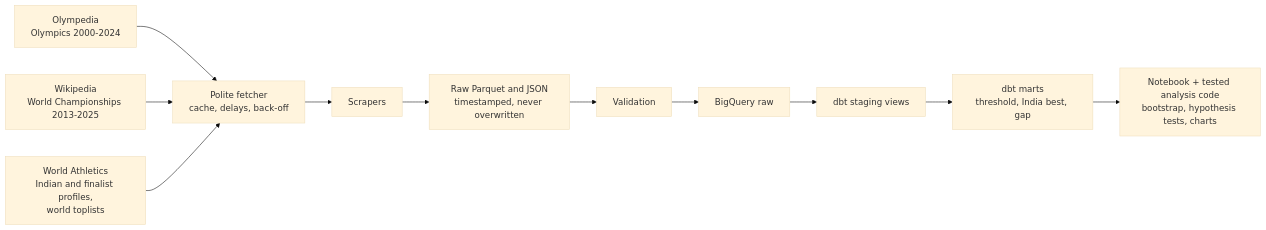
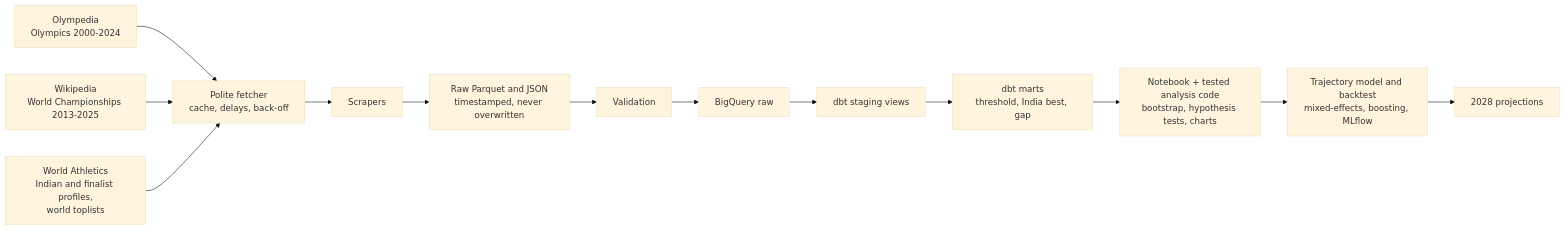
The diagram in README.md (rohithjagan05/GapToPodium), drawn with Mermaid (base theme) before and after one commit. The commit also changed other lines of this file, not shown here.

Commit message:
Phase 4: README coverage figure, notebook import order, projections legend

````diff
--- a/README.md
+++ b/README.md
@@ -84,13 +127,15 @@
 ```mermaid
 flowchart LR
     A[Olympedia<br/>Olympics 2000-2024] --> F
     B[Wikipedia<br/>World Championships 2013-2025] --> F
     C[World Athletics<br/>Indian and finalist profiles,<br/>world toplists] --> F
     F[Polite fetcher<br/>cache, delays, back-off] --> S[Scrapers]
     S --> R[Raw Parquet and JSON<br/>timestamped, never overwritten]
     R --> V[Validation]
     V --> BQ[BigQuery raw]
     BQ --> D[dbt staging views]
     D --> M[dbt marts<br/>threshold, India best, gap]
     M --> N[Notebook + tested analysis code<br/>bootstrap, hypothesis tests, charts]
+    N --> T[Trajectory model and backtest<br/>mixed-effects, boosting, MLflow]
+    T --> P[2028 projections]
 ```
````
